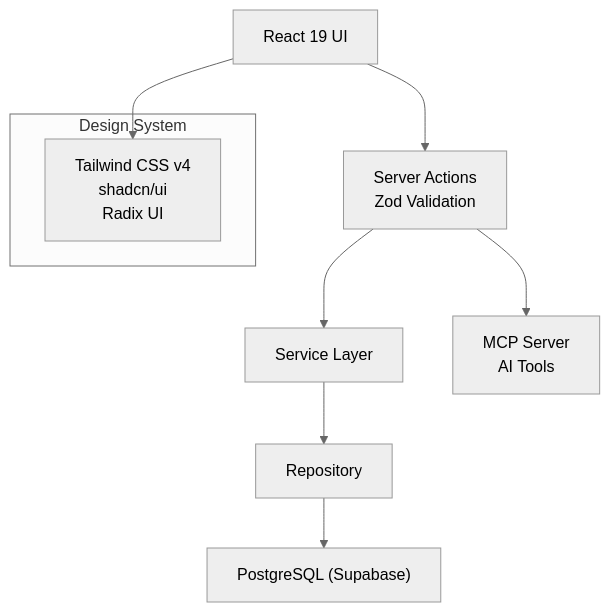
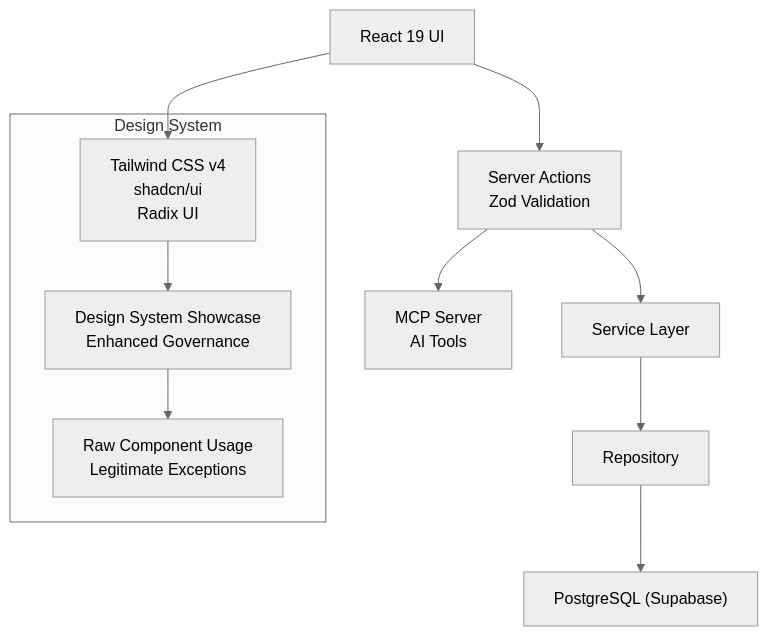
The second of 9 diagrams in .qoder/repowiki/en/content/Development Guide/Development Guide.md (SinesysTech/zattar-os), drawn with Mermaid (neutral theme) before and after one commit. The commit also changed other lines of this file and 40 other files, not shown here.

First line of the commit message:
feat(design-system): melhorar conformidade tipográfica e acessibilidade em audiências

````diff
--- a/.qoder/repowiki/en/content/Development Guide/Development Guide.md
+++ b/.qoder/repowiki/en/content/Development Guide/Development Guide.md
@@ -112,12 +133,16 @@
 ```mermaid
 graph TB
 UI["React 19 UI"] --> SA["Server Actions<br/>Zod Validation"]
 SA --> SVC["Service Layer"]
 SVC --> REP["Repository"]
 REP --> DB["PostgreSQL (Supabase)"]
 SA --> MCP["MCP Server<br/>AI Tools"]
 subgraph "Design System"
 DS["Tailwind CSS v4<br/>shadcn/ui<br/>Radix UI"]
+DSESC["Design System Showcase<br/>Enhanced Governance"]
+ENDS["Raw Component Usage<br/>Legitimate Exceptions"]
 end
 UI --> DS
+DS --> DSESC
+DSESC --> ENDS
 ```
````
